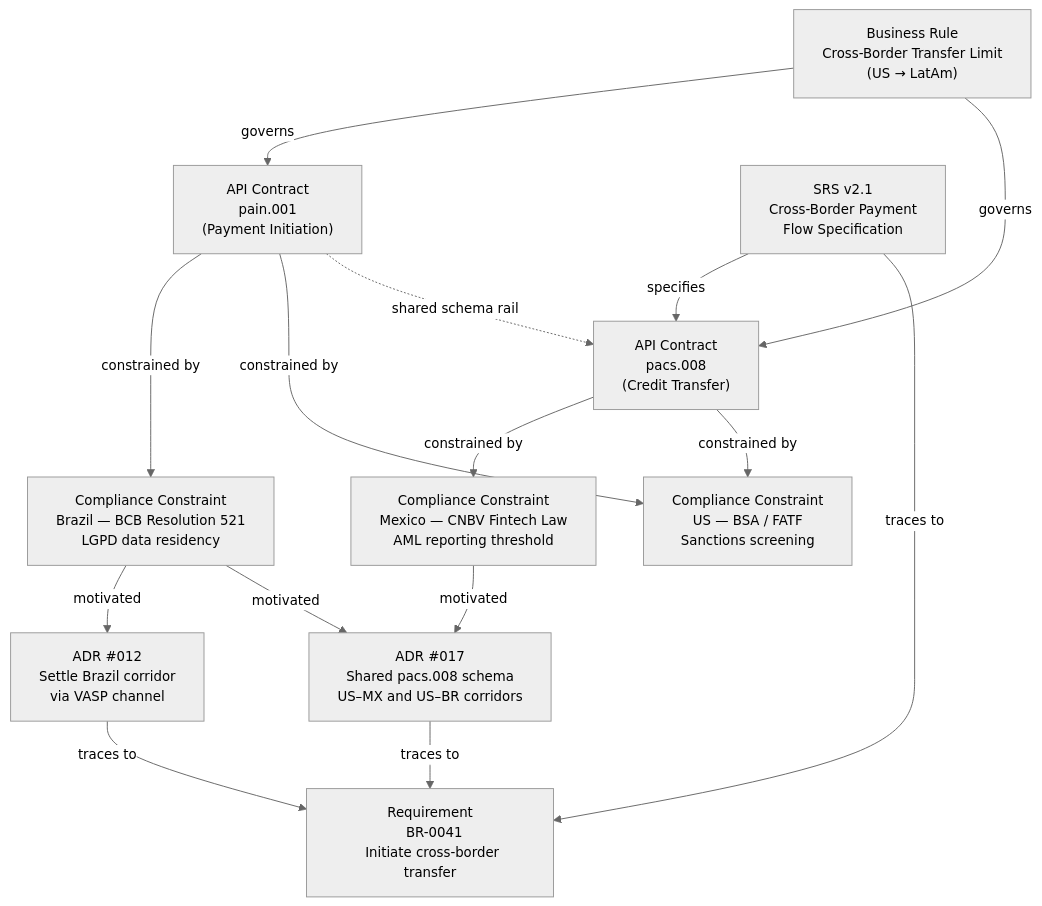
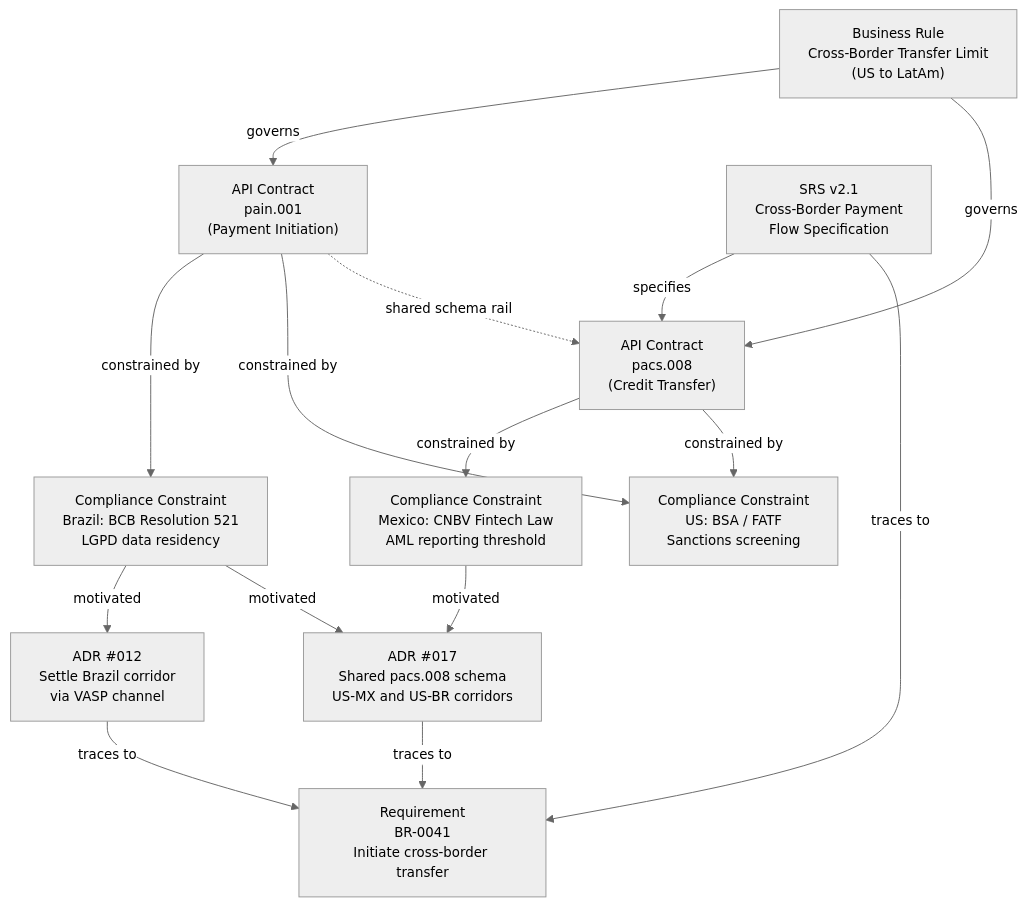
The diagram in artifacts/post-12-knowledge-graph.md (YuliaMelekhova/systems-analyst-notes), drawn with Mermaid before and after one commit. The commit also changed other lines of this file, not shown here.

````diff
--- a/artifacts/post-12-knowledge-graph.md
+++ b/artifacts/post-12-knowledge-graph.md
@@ -13,67 +21,46 @@
 ```mermaid
 %%{init: {'theme': 'neutral', 'themeVariables': {'fontSize': '14px'}}}%%
-
 graph TD
 
-  %% ── Business Rules ──────────────────────────────────────────
-  BR["Business Rule
-  Cross-Border Transfer Limit
-  (US → LatAm)"]
+  %% Business Rules
+  BR["Business Rule<br/>Cross-Border Transfer Limit<br/>(US to LatAm)"]
 
-  %% ── API Contracts ───────────────────────────────────────────
-  API1["API Contract
-  pain.001
-  (Payment Initiation)"]
-  API2["API Contract
-  pacs.008
-  (Credit Transfer)"]
+  %% API Contracts
+  API1["API Contract<br/>pain.001<br/>(Payment Initiation)"]
+  API2["API Contract<br/>pacs.008<br/>(Credit Transfer)"]
 
-  %% ── Compliance Constraints ──────────────────────────────────
-  COMP_BR["Compliance Constraint
-  Brazil — BCB Resolution 521
-  LGPD data residency"]
-  COMP_MX["Compliance Constraint
-  Mexico — CNBV Fintech Law
-  AML reporting threshold"]
-  COMP_US["Compliance Constraint
-  US — BSA / FATF
-  Sanctions screening"]
+  %% Compliance Constraints
+  COMP_BR["Compliance Constraint<br/>Brazil: BCB Resolution 521<br/>LGPD data residency"]
+  COMP_MX["Compliance Constraint<br/>Mexico: CNBV Fintech Law<br/>AML reporting threshold"]
+  COMP_US["Compliance Constraint<br/>US: BSA / FATF<br/>Sanctions screening"]
 
-  %% ── Architecture Decision Records ───────────────────────────
-  ADR1["ADR #012
-  Settle Brazil corridor
-  via VASP channel"]
-  ADR2["ADR #017
-  Shared pacs.008 schema
-  US–MX and US–BR corridors"]
+  %% Architecture Decision Records
+  ADR1["ADR #012<br/>Settle Brazil corridor<br/>via VASP channel"]
+  ADR2["ADR #017<br/>Shared pacs.008 schema<br/>US-MX and US-BR corridors"]
 
-  %% ── Specification ───────────────────────────────────────────
-  SRS["SRS v2.1
-  Cross-Border Payment
-  Flow Specification"]
+  %% Specification
+  SRS["SRS v2.1<br/>Cross-Border Payment<br/>Flow Specification"]
 
-  %% ── Source Requirement ──────────────────────────────────────
-  REQ["Requirement
-  BR-0041
-  Initiate cross-border transfer"]
+  %% Source Requirement
+  REQ["Requirement<br/>BR-0041<br/>Initiate cross-border transfer"]
 
-  %% ── Relationships ───────────────────────────────────────────
+  %% Relationships
   BR -->|governs| API1
   BR -->|governs| API2
 
   API1 -->|constrained by| COMP_BR
   API1 -->|constrained by| COMP_US
   API2 -->|constrained by| COMP_MX
   API2 -->|constrained by| COMP_US
 
   API1 -.->|shared schema rail| API2
 
   COMP_BR -->|motivated| ADR1
   COMP_MX -->|motivated| ADR2
   COMP_BR -->|motivated| ADR2
 
   ADR1 -->|traces to| REQ
   ADR2 -->|traces to| REQ
   SRS   -->|specifies| API2
   SRS   -->|traces to| REQ
 ```
````
